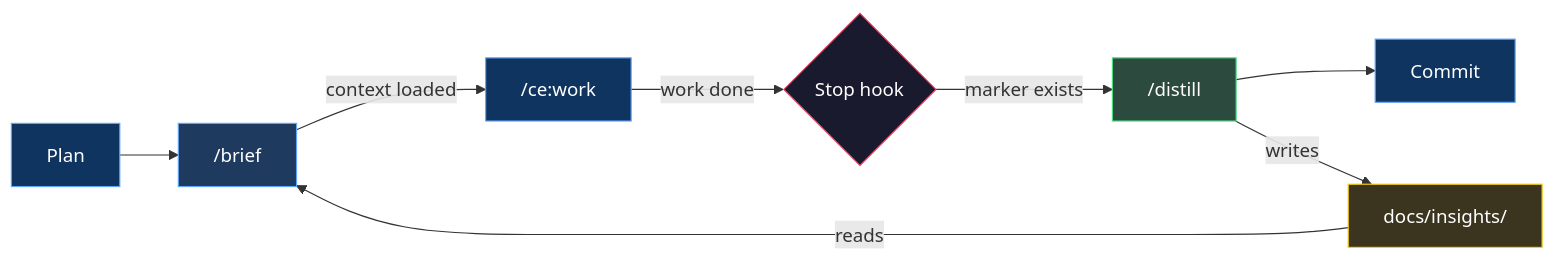
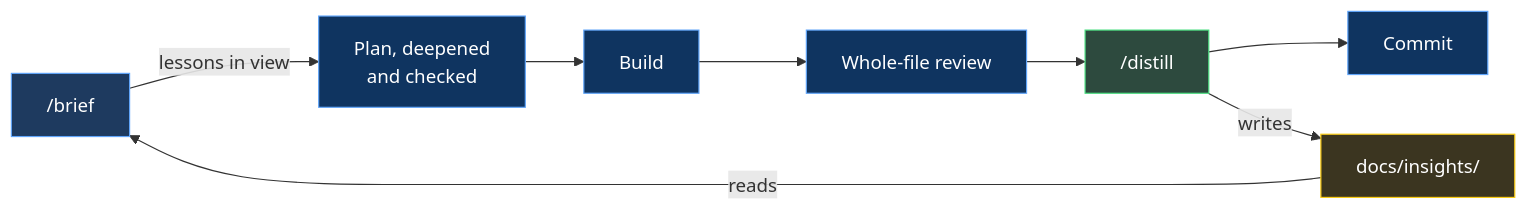
One commit to mbriggsy/ai-learning-journey changed the second of 2 diagrams in projects/skills/distill-and-brief/README.md. Above: the diagram before and after it, drawn with Mermaid. The commit also changed other lines of this file and 17 other files, not shown here.

````diff
--- a/projects/skills/distill-and-brief/README.md
+++ b/projects/skills/distill-and-brief/README.md
@@ -192,19 +133,19 @@
 ```mermaid
 flowchart LR
-    PLAN["Plan"] --> BRIEF["/brief"]
-    BRIEF -->|"context loaded"| EXECUTE["/ce:work"]
-    EXECUTE -->|"work done"| STOP{"Stop hook"}
-    STOP -->|"marker exists"| DISTILL["/distill"]
+    BRIEF["/brief"] -->|"lessons in view"| PLAN["Plan, deepened\nand checked"]
+    PLAN --> BUILD["Build"]
+    BUILD --> REVIEW["Whole-file review"]
+    REVIEW --> DISTILL["/distill"]
     DISTILL --> COMMIT["Commit"]
 
     DISTILL -->|"writes"| KB["docs/insights/"]
     KB -->|"reads"| BRIEF
 
     style PLAN fill:#0f3460,stroke:#60a5fa,color:#fff
-    style EXECUTE fill:#0f3460,stroke:#60a5fa,color:#fff
+    style BUILD fill:#0f3460,stroke:#60a5fa,color:#fff
+    style REVIEW fill:#0f3460,stroke:#60a5fa,color:#fff
     style COMMIT fill:#0f3460,stroke:#60a5fa,color:#fff
-    style STOP fill:#1a1a2e,stroke:#e94560,color:#fff
     style DISTILL fill:#2d4a3e,stroke:#4ade80,color:#fff
     style KB fill:#3b3520,stroke:#facc15,color:#fff
     style BRIEF fill:#1e3a5f,stroke:#60a5fa,color:#fff
 ```
````
